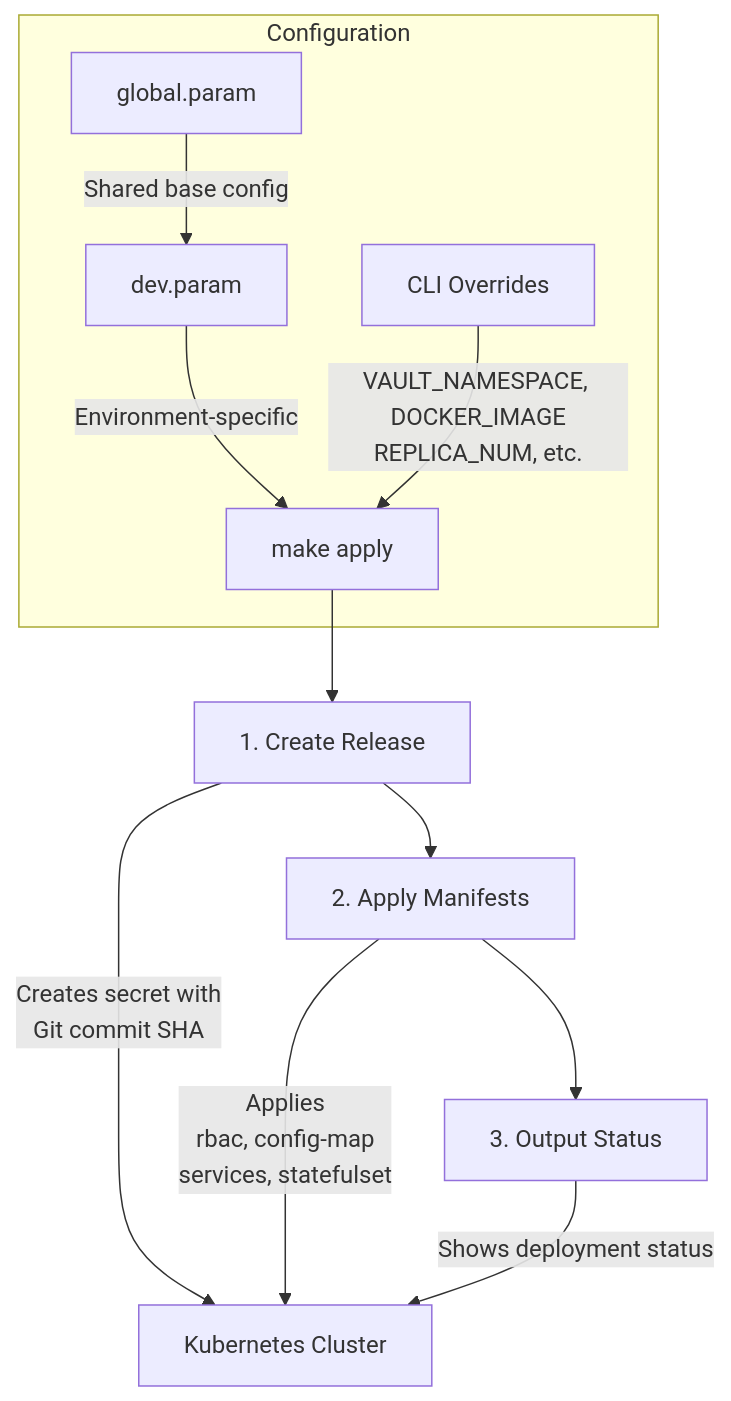
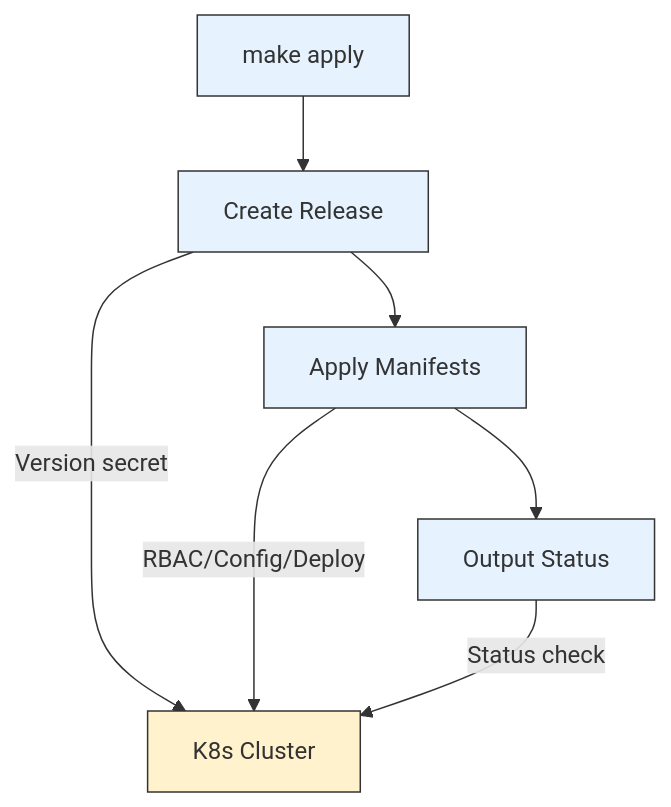
Before and after one commit to avkcode/vault: the diagram in README.md, drawn with Mermaid. The commit also changed other lines of this file, not shown here.

````diff
--- a/README.md
+++ b/README.md
@@ -373,16 +373,16 @@
 ```mermaid
 flowchart TD
-    A[make apply] --> B[1. Create Release]
-    B --> C[2. Apply Manifests]
-    C --> D[3. Output Status]
+    A[make apply] --> B[Create Release]
+    B --> C[Apply Manifests]
+    C --> D[Output Status]
     
-    subgraph Configuration
-        E[global.param] -->|Shared base config| F[dev.param]
-        F -->|Environment-specific| A
-        G[CLI Overrides] -->|VAULT_NAMESPACE, DOCKER_IMAGE\nREPLICA_NUM, etc.| A
-    end
+    B -->|"Version secret"| K[K8s Cluster]
+    C -->|"RBAC/Config/Deploy"| K
+    D -->|"Status check"| K
     
-    B -->|Creates secret with\nGit commit SHA| H[Kubernetes Cluster]
-    C -->|Applies\nrbac, config-map\nservices, statefulset| H
-    D -->|Shows deployment status| H
+    style A fill:#e6f3ff,stroke:#333
+    style B fill:#e6f3ff,stroke:#333
+    style C fill:#e6f3ff,stroke:#333
+    style D fill:#e6f3ff,stroke:#333
+    style K fill:#fff2cc,stroke:#333
 ```
````
